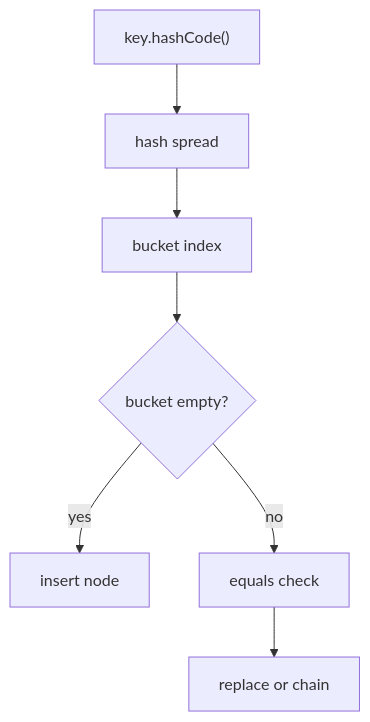
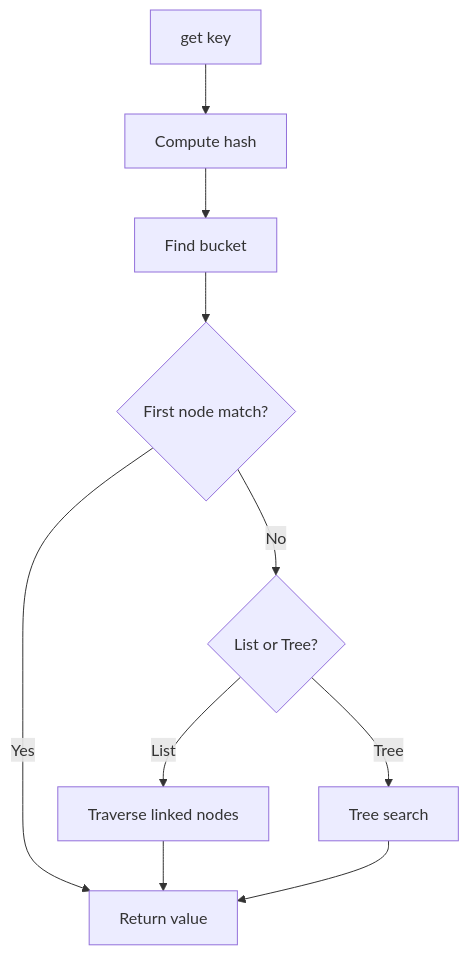
The fifth of 6 diagrams in Day3 Collections Hashmap Notes.md (engr-keshav-patel/Core-Java), drawn with Mermaid before and after one commit. The commit also changed other lines of this file, not shown here.

````diff
--- a/Day3 Collections Hashmap Notes.md
+++ b/Day3 Collections Hashmap Notes.md
@@ -178,9 +375,15 @@
 ```mermaid
 flowchart TD
-    A["key.hashCode()"] --> B[hash spread]
-    B --> C[bucket index]
-    C --> D{bucket empty?}
-    D -->|yes| E[insert node]
-    D -->|no| F[equals check]
-    F --> G[replace or chain]
+    A[get key] --> B[Compute hash]
+    B --> C[Find bucket]
+    C --> D{First node match?}
+
+    D -->|Yes| E[Return value]
+    D -->|No| F{List or Tree?}
+
+    F -->|List| G[Traverse linked nodes]
+    F -->|Tree| H[Tree search]
+
+    G --> E
+    H --> E
 ```
````
